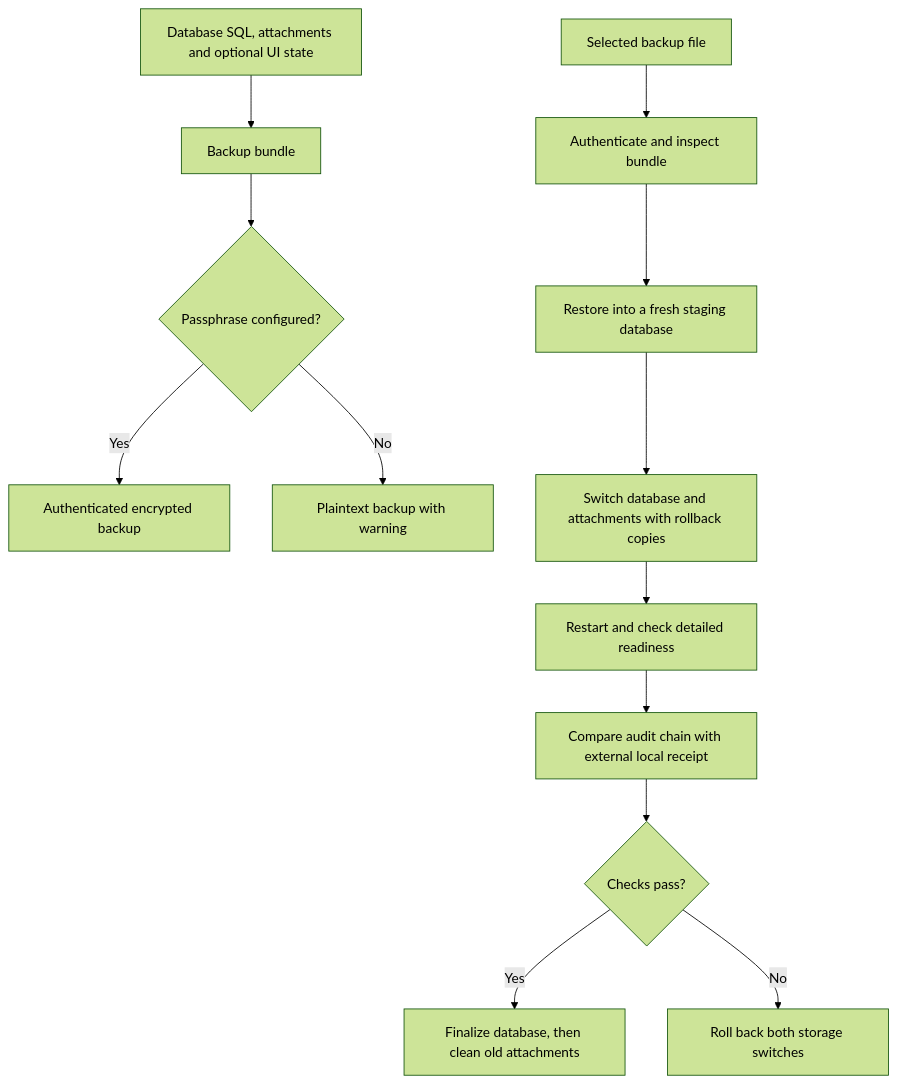
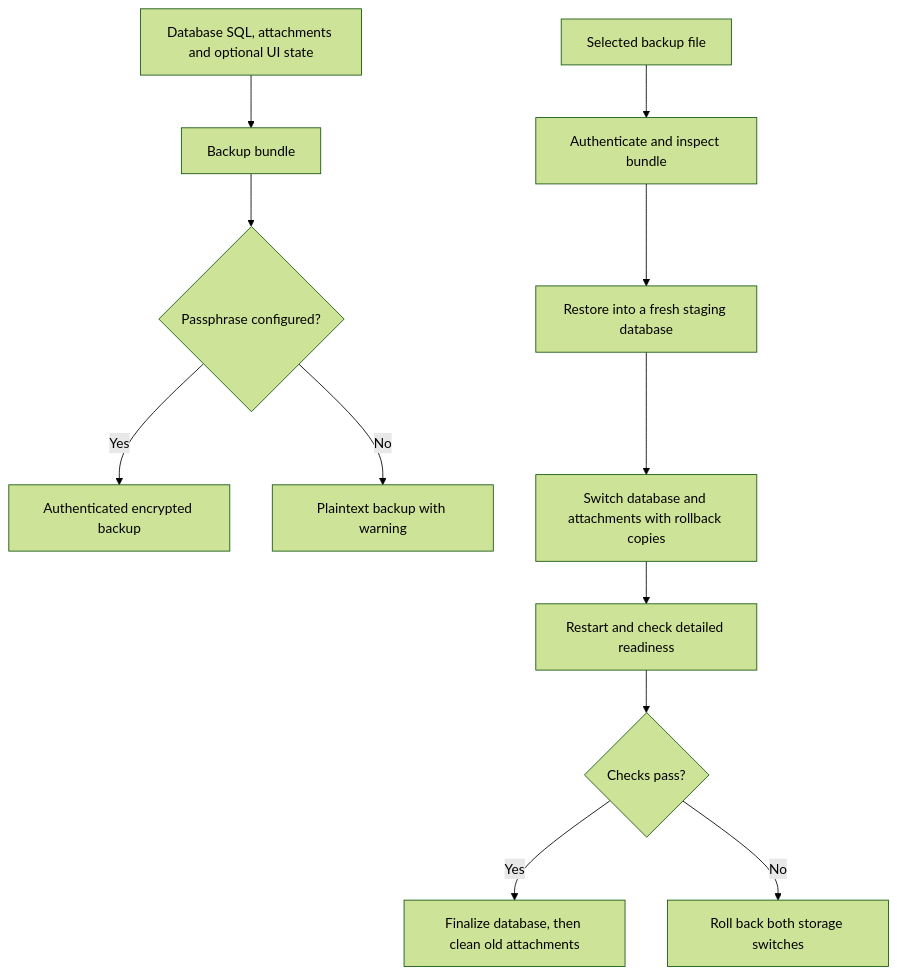
Before and after one commit to EraPartner/Vision: the sixth of 6 diagrams in docs/guides/visual-learning.md, drawn with Mermaid (forest theme). The commit also changed other lines of this file and 145 other files, not shown here.

````diff
--- a/docs/guides/visual-learning.md
+++ b/docs/guides/visual-learning.md
@@ -154,15 +154,14 @@
 ```mermaid
 flowchart TD
     Data[Database SQL, attachments and optional UI state] --> Bundle[Backup bundle]
     Bundle --> Passphrase{Passphrase configured?}
     Passphrase -->|Yes| Encrypted[Authenticated encrypted backup]
     Passphrase -->|No| Plain[Plaintext backup with warning]
     Selected[Selected backup file] --> Validate[Authenticate and inspect bundle]
     Validate --> Staging[Restore into a fresh staging database]
     Staging --> Switch[Switch database and attachments with rollback copies]
     Switch --> Ready[Restart and check detailed readiness]
-    Ready --> Audit[Compare audit chain with external local receipt]
-    Audit --> Result{Checks pass?}
+    Ready --> Result{Checks pass?}
     Result -->|Yes| Finalize[Finalize database, then clean old attachments]
     Result -->|No| Rollback[Roll back both storage switches]
 ```
````
